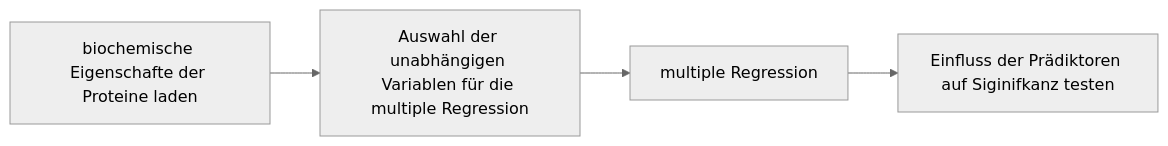
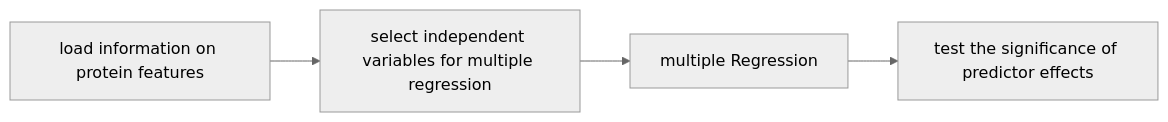
The third of 3 diagrams in README.md (MichelaPozzi/2025-topic-03-group-04), drawn with Mermaid (neutral theme) before and after one commit. The commit also changed other lines of this file, not shown here.

````diff
--- a/README.md
+++ b/README.md
@@ -196,6 +192,6 @@
 ``` mermaid
 flowchart LR
-    A[biochemische Eigenschafte der Proteine laden] --> B[Auswahl der unabhängigen Variablen für die multiple Regression]
+    A[load information on protein features] --> B[select independent variables for multiple regression]
     B --> C[multiple Regression]
-    C --> D[Einfluss der Prädiktoren auf Siginifkanz testen]
+    C --> D[test the significance of predictor effects]
 ```
````
